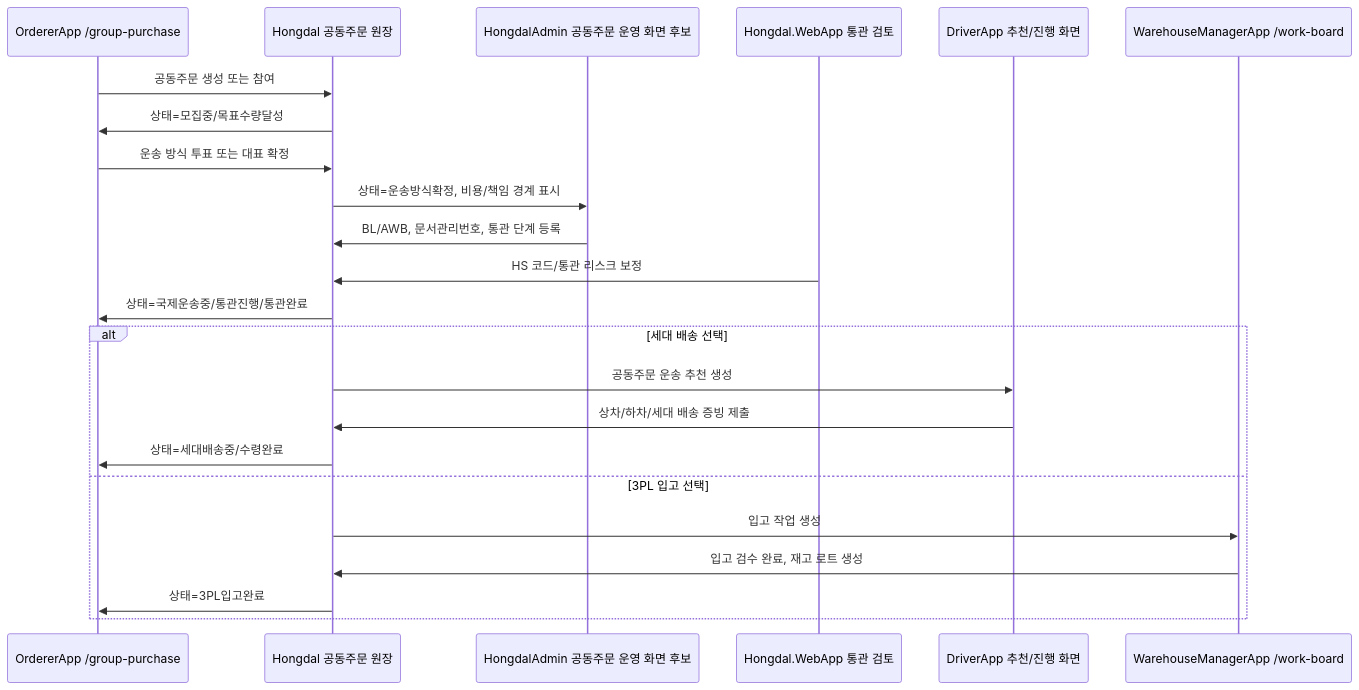
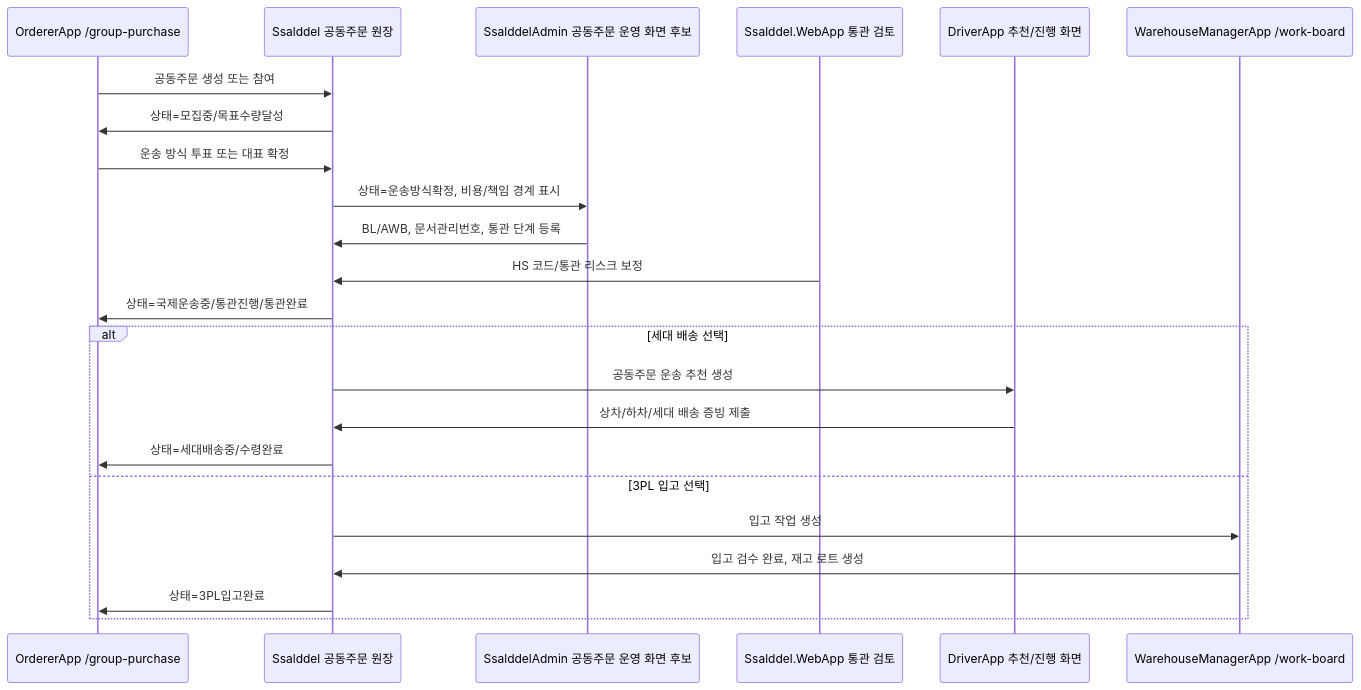
Before and after one commit to cheolwo/hongdal: the fourth of 9 diagrams in docs/ProjectOverview/workflow-app-screen-map.md, drawn with Mermaid. The commit also changed other lines of this file and 6611 other files, not shown here.

Commit message:
refactor: rename Hongdal to Ssalddel

````diff
--- a/docs/ProjectOverview/workflow-app-screen-map.md
+++ b/docs/ProjectOverview/workflow-app-screen-map.md
@@ -130,27 +130,27 @@
 ```mermaid
 sequenceDiagram
     participant Orderer as OrdererApp /group-purchase
-    participant Ledger as Hongdal 공동주문 원장
-    participant Admin as HongdalAdmin 공동주문 운영 화면 후보
-    participant Broker as Hongdal.WebApp 통관 검토
+    participant Ledger as Ssalddel 공동주문 원장
+    participant Admin as SsalddelAdmin 공동주문 운영 화면 후보
+    participant Broker as Ssalddel.WebApp 통관 검토
     participant Driver as DriverApp 추천/진행 화면
     participant Warehouse as WarehouseManagerApp /work-board
 
     Orderer->>Ledger: 공동주문 생성 또는 참여
     Ledger->>Orderer: 상태=모집중/목표수량달성
     Orderer->>Ledger: 운송 방식 투표 또는 대표 확정
     Ledger->>Admin: 상태=운송방식확정, 비용/책임 경계 표시
     Admin->>Ledger: BL/AWB, 문서관리번호, 통관 단계 등록
     Broker->>Ledger: HS 코드/통관 리스크 보정
     Ledger->>Orderer: 상태=국제운송중/통관진행/통관완료
 
     alt 세대 배송 선택
         Ledger->>Driver: 공동주문 운송 추천 생성
         Driver->>Ledger: 상차/하차/세대 배송 증빙 제출
         Ledger->>Orderer: 상태=세대배송중/수령완료
     else 3PL 입고 선택
         Ledger->>Warehouse: 입고 작업 생성
         Warehouse->>Ledger: 입고 검수 완료, 재고 로트 생성
         Ledger->>Orderer: 상태=3PL입고완료
     end
 ```
````
